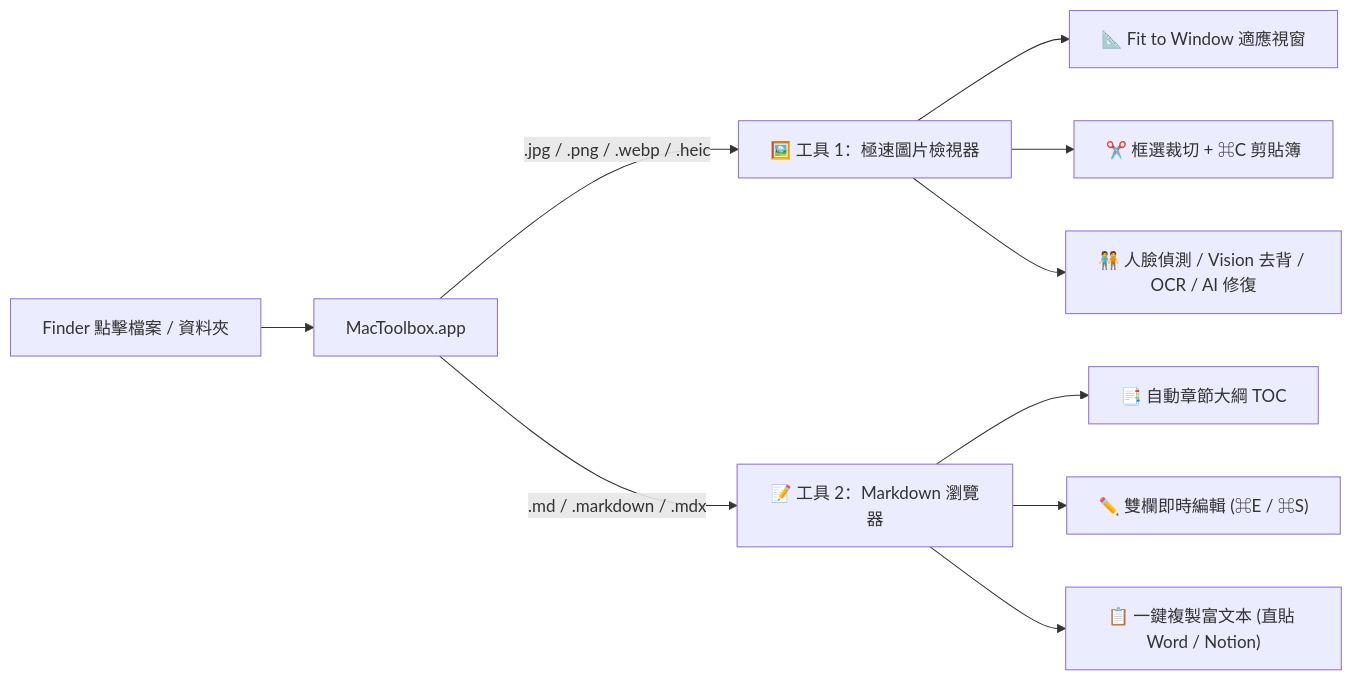
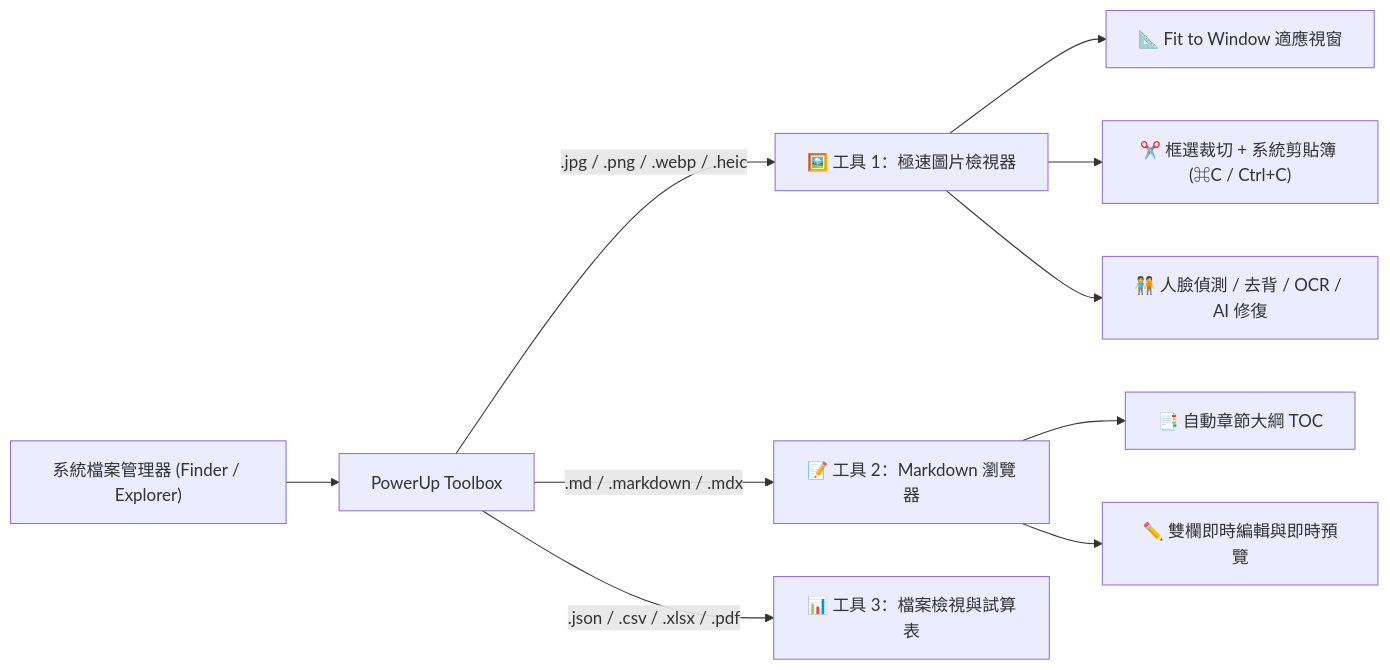
Before and after one commit to become/powerup-toolbox: the diagram in MacToolbox.app/Contents/Resources/README.md, drawn with Mermaid. The commit also changed other lines of this file and 21 other files, not shown here.

````diff
--- a/MacToolbox.app/Contents/Resources/README.md
+++ b/MacToolbox.app/Contents/Resources/README.md
@@ -11,12 +39,12 @@
 ```mermaid
 flowchart LR
-    Finder["Finder 點擊檔案 / 資料夾"] --> App["MacToolbox.app"]
+    Finder["系統檔案管理器 (Finder / Explorer)"] --> App["PowerUp Toolbox"]
     App -->|".jpg / .png / .webp / .heic"| Photo["🖼️ 工具 1：極速圖片檢視器"]
     App -->|".md / .markdown / .mdx"| MD["📝 工具 2：Markdown 瀏覽器"]
+    App -->|".json / .csv / .xlsx / .pdf"| Doc["📊 工具 3：檔案檢視與試算表"]
     Photo --> Fit["📐 Fit to Window 適應視窗"]
-    Photo --> Crop["✂️ 框選裁切 + ⌘C 剪貼簿"]
-    Photo --> AI["🧑‍🤝‍🧑 人臉偵測 / Vision 去背 / OCR / AI 修復"]
+    Photo --> Crop["✂️ 框選裁切 + 系統剪貼簿 (⌘C / Ctrl+C)"]
+    Photo --> AI["🧑‍🤝‍🧑 人臉偵測 / 去背 / OCR / AI 修復"]
     MD --> TOC["📑 自動章節大綱 TOC"]
-    MD --> Edit["✏️ 雙欄即時編輯 (⌘E / ⌘S)"]
-    MD --> Rich["📋 一鍵複製富文本 (直貼 Word / Notion)"]
+    MD --> Edit["✏️ 雙欄即時編輯與即時預覽"]
 ```
````
